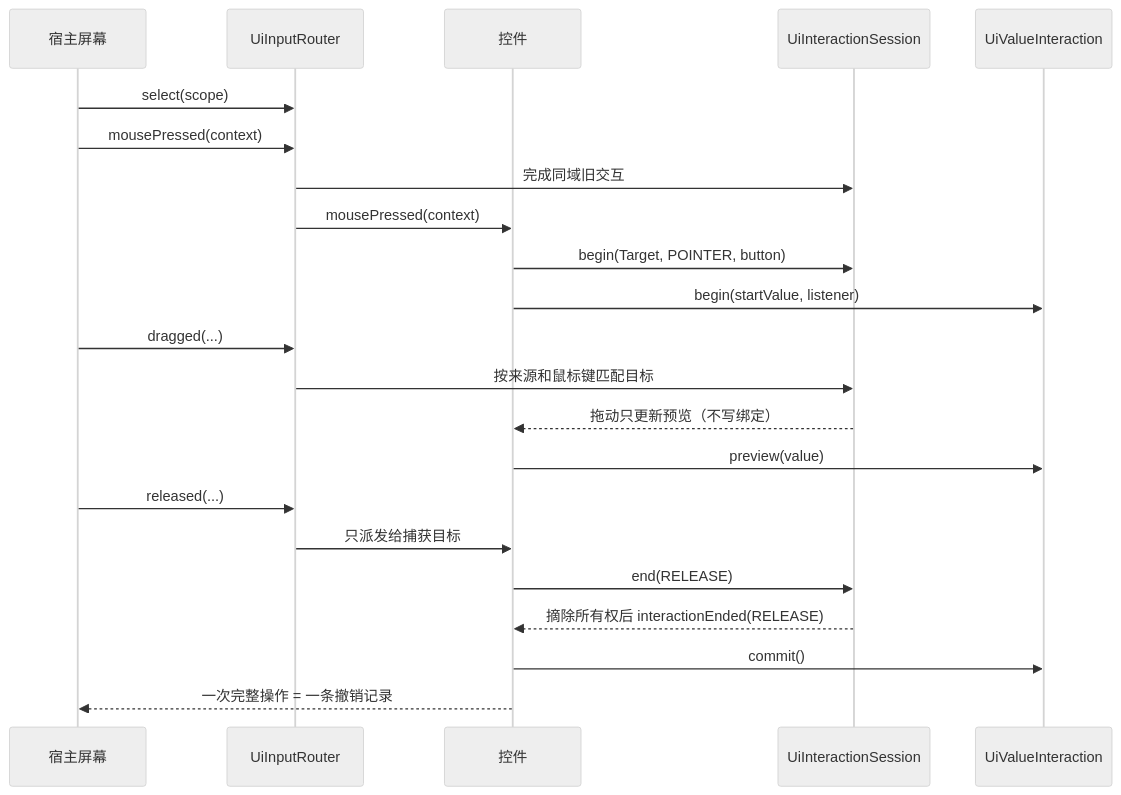
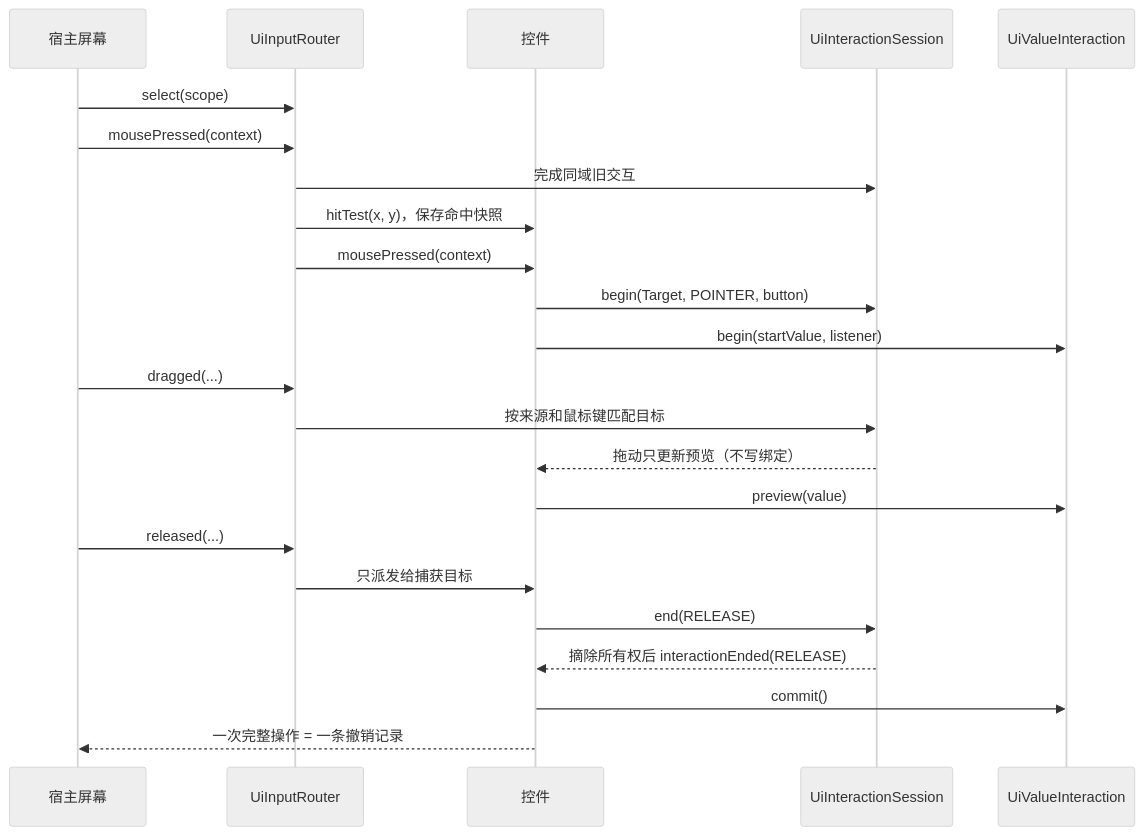
One commit to meteoritel/item-despawn-to-what changed the second of 3 diagrams in docs/modules/ui-kit.md. Above: the diagram before and after it, drawn with Mermaid (neutral theme). The commit also changed other lines of this file and 1 other file, not shown here.

````diff
--- a/docs/modules/ui-kit.md
+++ b/docs/modules/ui-kit.md
@@ -143,24 +146,25 @@
 ```mermaid
 sequenceDiagram
     participant S as 宿主屏幕
     participant R as UiInputRouter
     participant C as 控件
     participant CAP as UiInteractionSession
     participant V as UiValueInteraction
     S->>R: select(scope)
     S->>R: mousePressed(context)
     R->>CAP: 完成同域旧交互
+    R->>C: hitTest(x, y)，保存命中快照
     R->>C: mousePressed(context)
     C->>CAP: begin(Target, POINTER, button)
     C->>V: begin(startValue, listener)
     S->>R: dragged(...)
     R->>CAP: 按来源和鼠标键匹配目标
     CAP-->>C: 拖动只更新预览（不写绑定）
     C->>V: preview(value)
     S->>R: released(...)
     R->>C: 只派发给捕获目标
     C->>CAP: end(RELEASE)
     CAP-->>C: 摘除所有权后 interactionEnded(RELEASE)
     C->>V: commit()
     C-->>S: 一次完整操作 = 一条撤销记录
 ```
````
